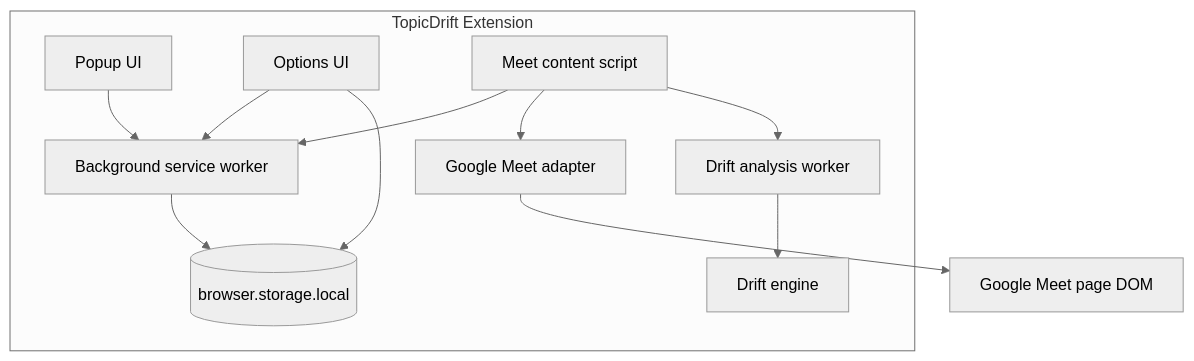
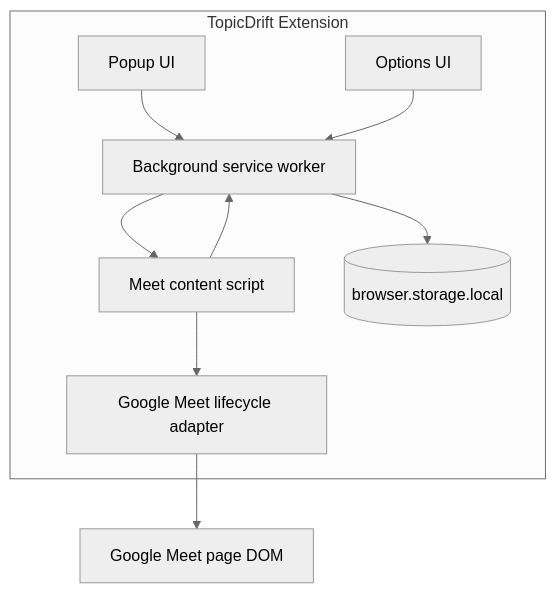
Before and after one commit to shulabhb/TopicDrift: the first of 2 diagrams in docs/architecture.md, drawn with Mermaid (neutral theme). The commit also changed other lines of this file and 45 other files, not shown here.

Commit message:
Add Meet lifecycle detection and objective session flow. Detect active Google Meet calls, offer opt-in tracking, capture explicit objectives, persist recoverable local sessions, and surface honest in-meeting/popup controls without caption or drift analysis.

````diff
--- a/docs/architecture.md
+++ b/docs/architecture.md
@@ -17,25 +17,21 @@
 ```mermaid
 flowchart TB
   subgraph ChromeExtension[TopicDrift Extension]
     BG[Background service worker]
     POP[Popup UI]
     OPT[Options UI]
     CS[Meet content script]
-    WK[Drift analysis worker]
-    ADP[Google Meet adapter]
-    ENG[Drift engine]
+    ADP[Google Meet lifecycle adapter]
     STORE[(browser.storage.local)]
   end
 
   MEET[Google Meet page DOM]
 
   POP --> BG
   OPT --> BG
-  CS --> BG
   CS --> ADP
   ADP --> MEET
-  CS --> WK
-  WK --> ENG
+  CS --> BG
   BG --> STORE
-  OPT --> STORE
+  BG --> CS
 ```
````
